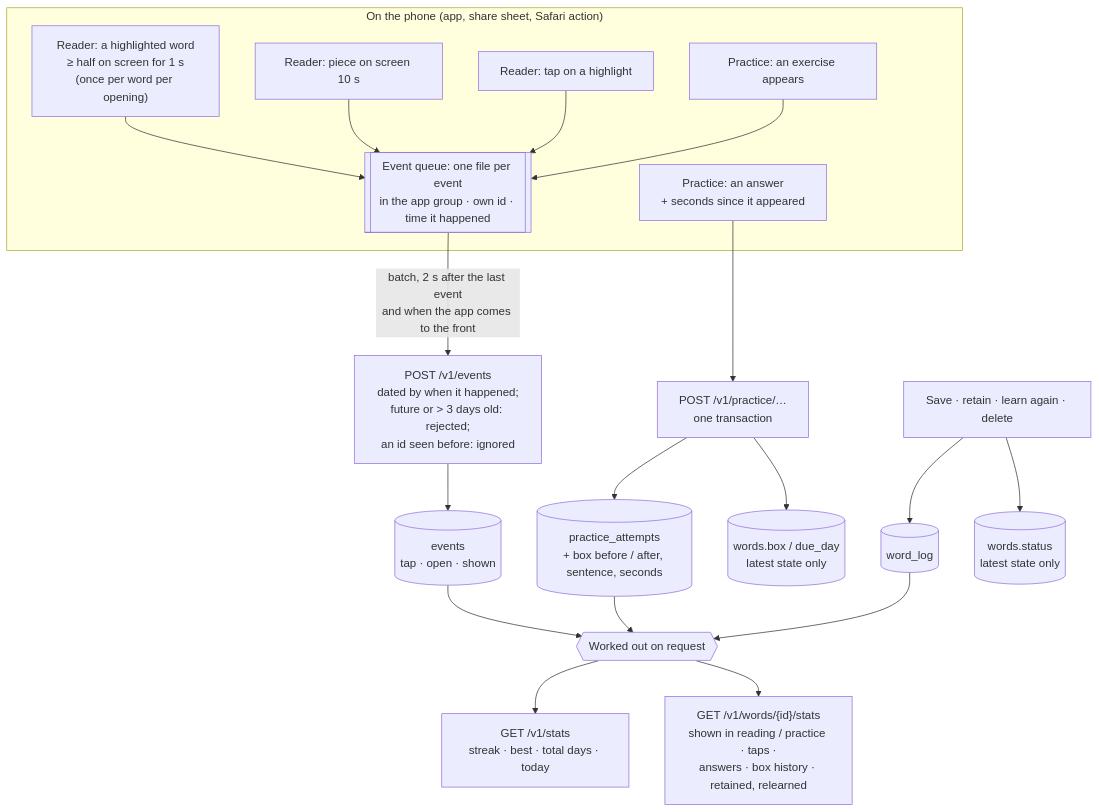
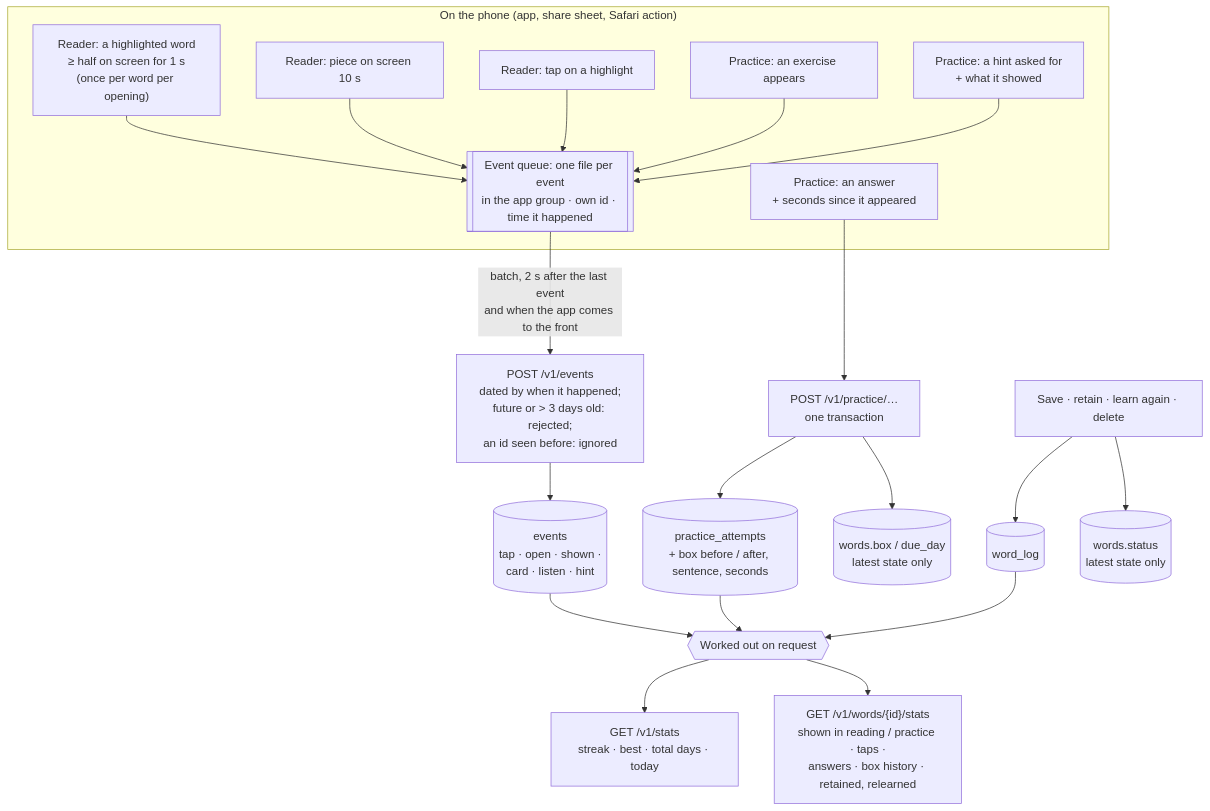
One commit to nurgazik/RetAIn changed the diagram in diagrams/infra-streaks-and-shown.md. Above: the diagram before and after it, drawn with Mermaid. The commit also changed 11 other files, not shown here.

Commit message:
Hint events: fill and hangman hints recorded when asked, with what they showed; on the word card

````diff
--- a/diagrams/infra-streaks-and-shown.md
+++ b/diagrams/infra-streaks-and-shown.md
@@ -9,26 +9,27 @@
 ```mermaid
 flowchart TD
     subgraph Phone["On the phone (app, share sheet, Safari action)"]
         R1["Reader: a highlighted word<br/>≥ half on screen for 1 s<br/>(once per word per opening)"] --> Q
         R2["Reader: piece on screen 10 s"] --> Q
         R3["Reader: tap on a highlight"] --> Q
         P1["Practice: an exercise appears"] --> Q
+        P3["Practice: a hint asked for<br/>+ what it showed"] --> Q
         Q[["Event queue: one file per event<br/>in the app group · own id · time it happened"]]
         P2["Practice: an answer<br/>+ seconds since it appeared"]
     end
 
     Q -- "batch, 2 s after the last event<br/>and when the app comes to the front" --> E["POST /v1/events<br/>dated by when it happened;<br/>future or > 3 days old: rejected;<br/>an id seen before: ignored"]
-    E --> EV[("events<br/>tap · open · shown")]
+    E --> EV[("events<br/>tap · open · shown ·<br/>card · listen · hint")]
 
     P2 --> A["POST /v1/practice/…<br/>one transaction"]
     A --> PA[("practice_attempts<br/>+ box before / after, sentence, seconds")]
     A --> WB[("words.box / due_day<br/>latest state only")]
     S["Save · retain · learn again · delete"] --> WL[("word_log")]
     S --> WS[("words.status<br/>latest state only")]
 
     EV --> ST{{"Worked out on request"}}
     PA --> ST
     WL --> ST
     ST --> U["GET /v1/stats<br/>streak · best · total days · today"]
     ST --> W["GET /v1/words/{id}/stats<br/>shown in reading / practice · taps ·<br/>answers · box history · retained, relearned"]
 ```
````
